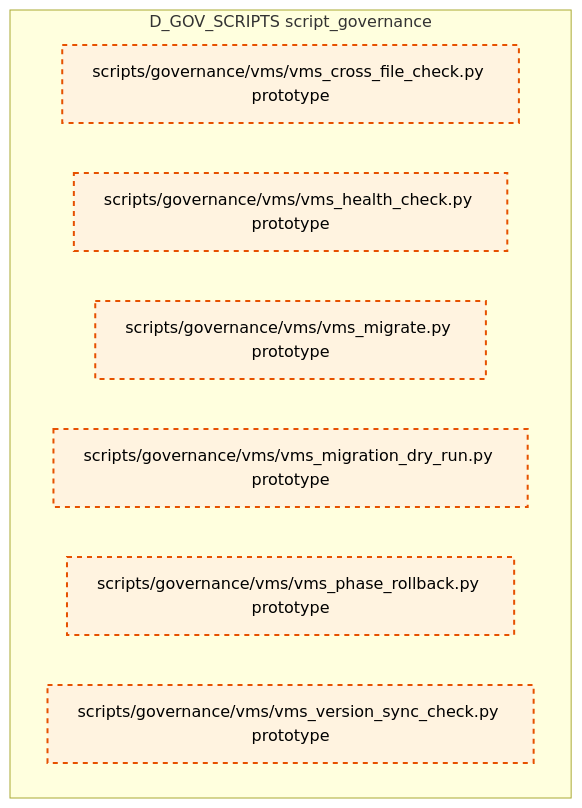
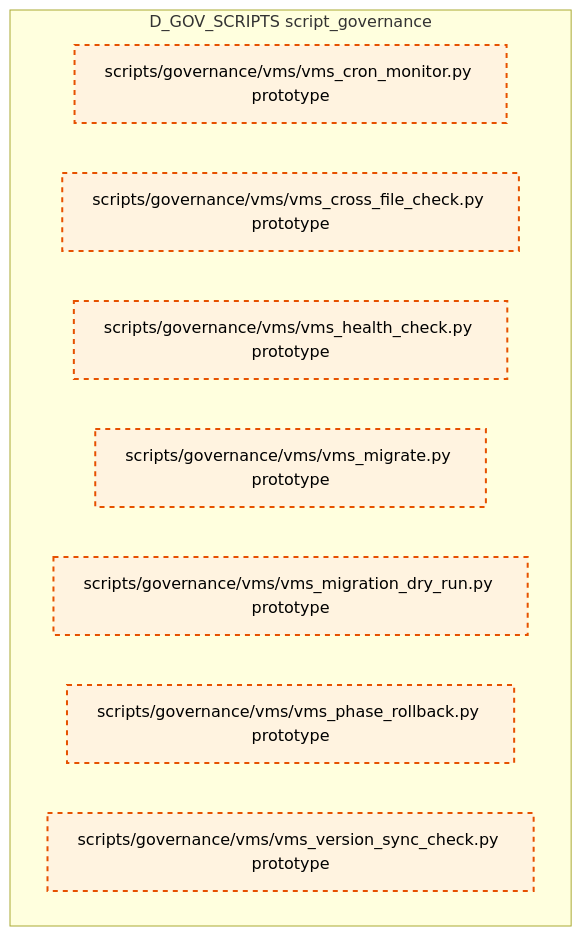
One commit to xuanFelixVan/ZephyrAlpha changed diagram 15 of 15 in docs/02_enterprise_architecture/02_domain_architecture_docs/37_d_gov_scripts.md. Above: the diagram before and after it, drawn with Mermaid. The commit also changed other lines of this file and 97 other files, not shown here.

````diff
--- a/docs/02_enterprise_architecture/02_domain_architecture_docs/37_d_gov_scripts.md
+++ b/docs/02_enterprise_architecture/02_domain_architecture_docs/37_d_gov_scripts.md
@@ -1029,16 +1025,17 @@
 ```mermaid
 graph TD
     subgraph D_GOV_SCRIPTS["D_GOV_SCRIPTS script_governance"]
+        scripts_governance_vms_vms_cron_monitor_py["scripts/governance/vms/vms_cron_monitor.py prototype"]
         scripts_governance_vms_vms_cross_file_check_py["scripts/governance/vms/vms_cross_file_check.py prototype"]
         scripts_governance_vms_vms_health_check_py["scripts/governance/vms/vms_health_check.py prototype"]
         scripts_governance_vms_vms_migrate_py["scripts/governance/vms/vms_migrate.py prototype"]
         scripts_governance_vms_vms_migration_dry_run_py["scripts/governance/vms/vms_migration_dry_run.py prototype"]
         scripts_governance_vms_vms_phase_rollback_py["scripts/governance/vms/vms_phase_rollback.py prototype"]
         scripts_governance_vms_vms_version_sync_check_py["scripts/governance/vms/vms_version_sync_check.py prototype"]
     end
     classDef production fill:#e1f5fe,stroke:#01579b,stroke-width:2px,color:#000
     classDef design fill:#fff3e0,stroke:#e65100,stroke-width:2px,color:#000,stroke-dasharray: 5 5
     classDef external_prod fill:#e8f5e9,stroke:#1b5e20,stroke-width:1px,color:#000
     classDef external_design fill:#fce4ec,stroke:#880e4f,stroke-width:1px,color:#000,stroke-dasharray: 5 5
-    class scripts_governance_vms_vms_cross_file_check_py,scripts_governance_vms_vms_health_check_py,scripts_governance_vms_vms_migrate_py,scripts_governance_vms_vms_migration_dry_run_py,scripts_governance_vms_vms_phase_rollback_py,scripts_governance_vms_vms_version_sync_check_py design
+    class scripts_governance_vms_vms_cron_monitor_py,scripts_governance_vms_vms_cross_file_check_py,scripts_governance_vms_vms_health_check_py,scripts_governance_vms_vms_migrate_py,scripts_governance_vms_vms_migration_dry_run_py,scripts_governance_vms_vms_phase_rollback_py,scripts_governance_vms_vms_version_sync_check_py design
 ```
````
